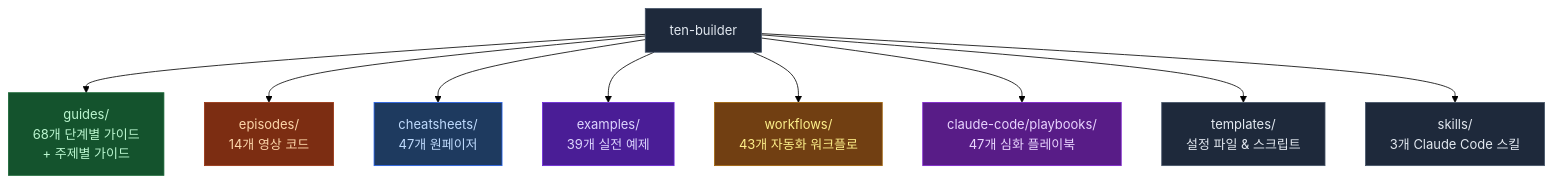
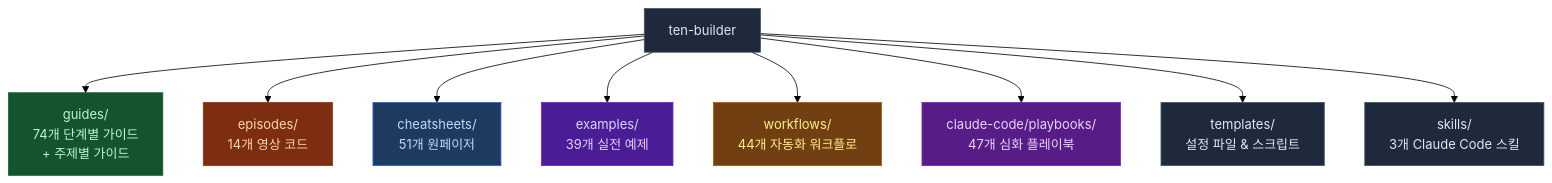
One commit to ten-builder/ten-builder changed the first of 2 diagrams in README.md. Above: the diagram before and after it, drawn with Mermaid (forest theme). The commit also changed other lines of this file, not shown here.

Commit message:
docs: README sync -- guides 74, cheatsheets 51, workflows 44

````diff
--- a/README.md
+++ b/README.md
@@ -23,21 +23,21 @@
 ```mermaid
 flowchart TD
-    R["ten-builder"] --> G["guides/\n68개 단계별 가이드\n+ 주제별 가이드"]
+    R["ten-builder"] --> G["guides/\n74개 단계별 가이드\n+ 주제별 가이드"]
     R --> E["episodes/\n14개 영상 코드"]
-    R --> C["cheatsheets/\n47개 원페이저"]
+    R --> C["cheatsheets/\n51개 원페이저"]
     R --> EX["examples/\n39개 실전 예제"]
-    R --> W["workflows/\n43개 자동화 워크플로"]
+    R --> W["workflows/\n44개 자동화 워크플로"]
     R --> P["claude-code/playbooks/\n47개 심화 플레이북"]
     R --> T["templates/\n설정 파일 & 스크립트"]
     R --> S["skills/\n3개 Claude Code 스킬"]
 
     style R fill:#1e293b,stroke:#475569,color:#e2e8f0
     style G fill:#14532d,stroke:#166534,color:#bbf7d0
     style E fill:#7c2d12,stroke:#9a3412,color:#fed7aa
     style C fill:#1e3a5f,stroke:#2563eb,color:#bfdbfe
     style EX fill:#4a1d96,stroke:#6d28d9,color:#ddd6fe
     style W fill:#713f12,stroke:#a16207,color:#fef08a
     style P fill:#581c87,stroke:#7e22ce,color:#e9d5ff
     style T fill:#1e293b,stroke:#475569,color:#e2e8f0
     style S fill:#1e293b,stroke:#475569,color:#e2e8f0
 ```
````
